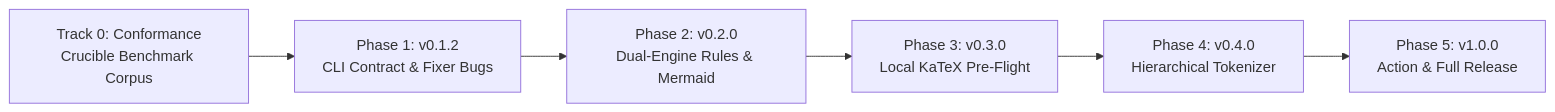
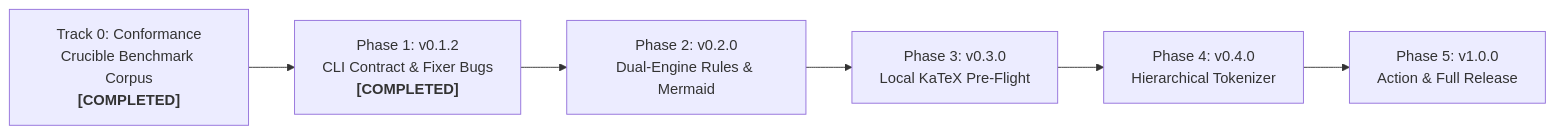
The fourth of 4 diagrams in ROADMAP.md (jacobhammond/gfm-math-lint), drawn with Mermaid before and after one commit. The commit also changed other lines of this file and 6 other files, not shown here.

Commit message:
chore(release): bump version to v0.1.2 and update roadmap (#20)

````diff
--- a/ROADMAP.md
+++ b/ROADMAP.md
@@ -525,8 +525,8 @@
 ```mermaid
 flowchart LR
-    P0["Track 0: Conformance<br/>Crucible Benchmark Corpus"] --> P1["Phase 1: v0.1.2<br/>CLI Contract & Fixer Bugs"]
+    P0["Track 0: Conformance<br/>Crucible Benchmark Corpus<br/><b>[COMPLETED]</b>"] --> P1["Phase 1: v0.1.2<br/>CLI Contract & Fixer Bugs<br/><b>[COMPLETED]</b>"]
     P1 --> P2["Phase 2: v0.2.0<br/>Dual-Engine Rules & Mermaid"]
     P2 --> P3["Phase 3: v0.3.0<br/>Local KaTeX Pre-Flight"]
     P3 --> P4["Phase 4: v0.4.0<br/>Hierarchical Tokenizer"]
     P4 --> P5["Phase 5: v1.0.0<br/>Action & Full Release"]
 ```
````
